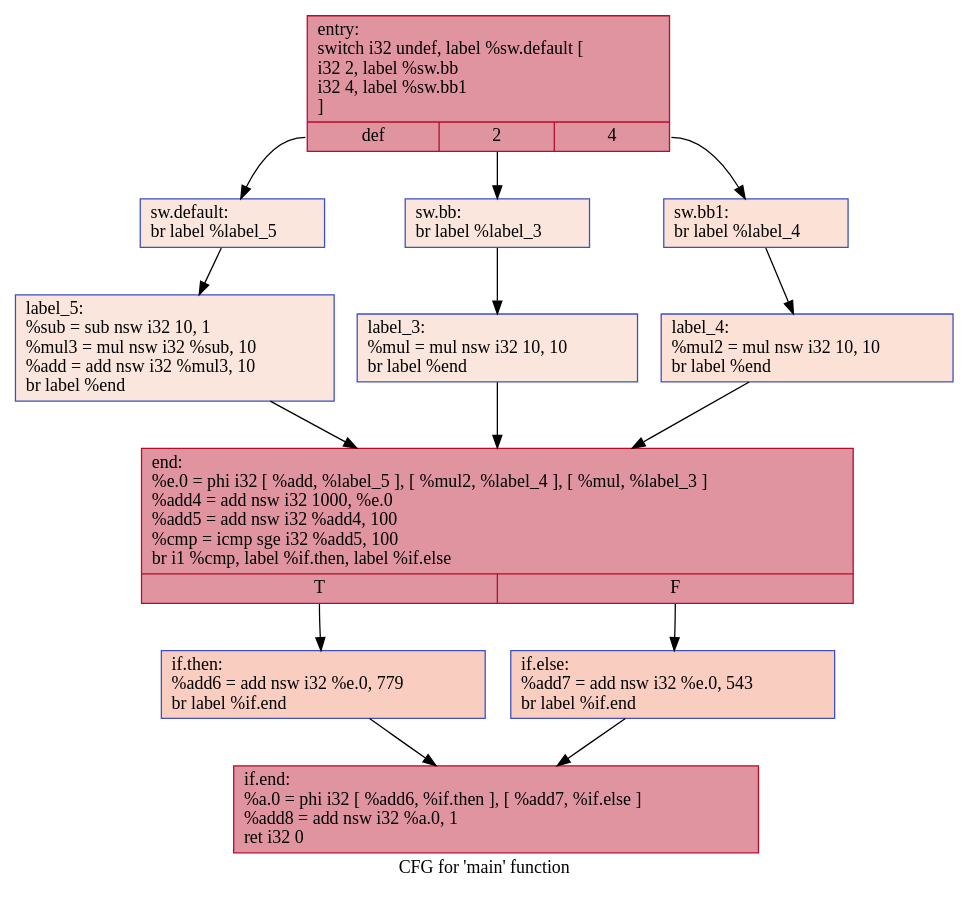
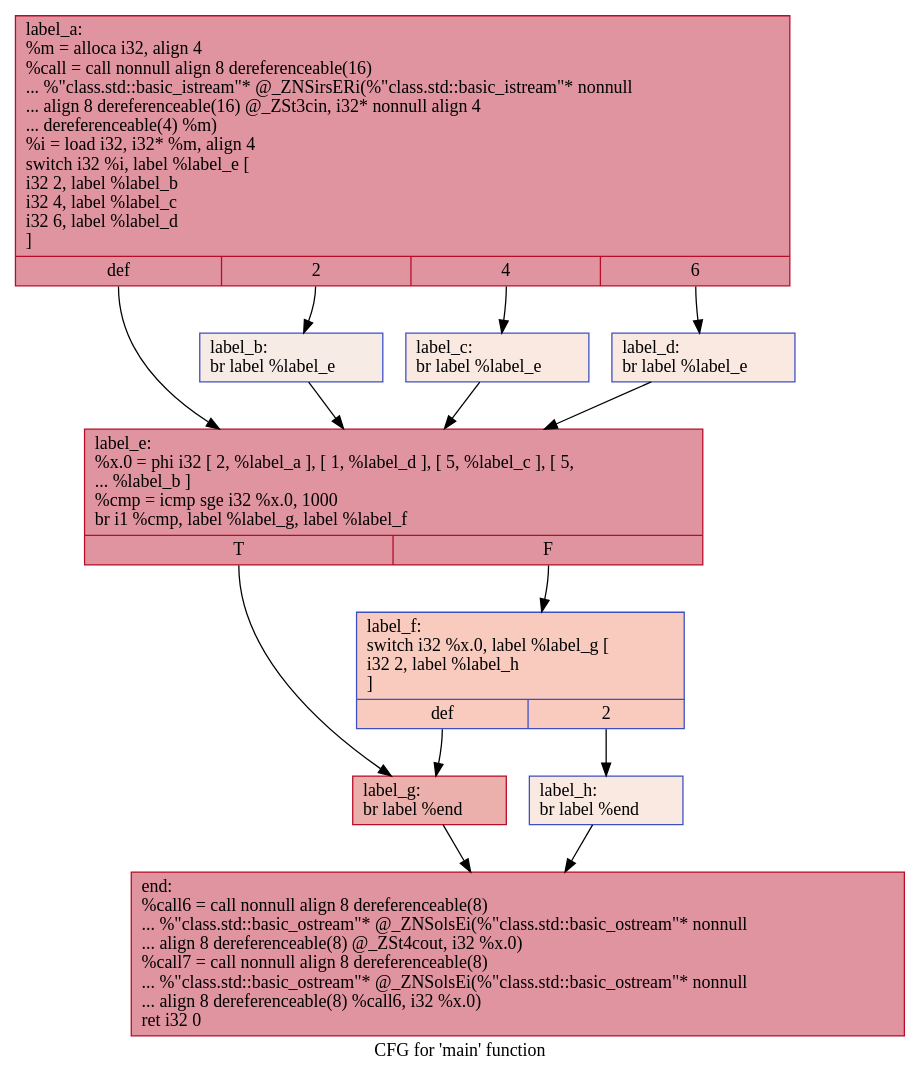
Before and after one commit to HPSSA-LLVM/HPSSA-LLVM: the diagram in IR/cfg/baseline.dot, drawn with Graphviz. The commit also changed 26 other files, not shown here.

```diff
--- a/IR/cfg/baseline.dot
+++ b/IR/cfg/baseline.dot
@@ -1,28 +1,26 @@
 digraph "CFG for 'main' function" {
 	label="CFG for 'main' function";
 
-	Node0x559b91c5f880 [shape=record,color="#b70d28ff", style=filled, fillcolor="#b70d2870",label="{entry:\l  switch i32 undef, label %sw.default [\l    i32 2, label %sw.bb\l    i32 4, label %sw.bb1\l  ]\l|{<s0>def|<s1>2|<s2>4}}"];
-	Node0x559b91c5f880:s0 -> Node0x559b91c5fde0;
-	Node0x559b91c5f880:s1 -> Node0x559b91c5fe60;
-	Node0x559b91c5f880:s2 -> Node0x559b91c5ff00;
-	Node0x559b91c5fe60 [shape=record,color="#3d50c3ff", style=filled, fillcolor="#f3c7b170",label="{sw.bb:                                            \l  br label %label_3\l}"];
-	Node0x559b91c5fe60 -> Node0x559b91c60090;
-	Node0x559b91c5ff00 [shape=record,color="#3d50c3ff", style=filled, fillcolor="#f7bca170",label="{sw.bb1:                                           \l  br label %label_4\l}"];
-	Node0x559b91c5ff00 -> Node0x559b91c60170;
-	Node0x559b91c5fde0 [shape=record,color="#3d50c3ff", style=filled, fillcolor="#f3c7b170",label="{sw.default:                                       \l  br label %label_5\l}"];
-	Node0x559b91c5fde0 -> Node0x559b91c60250;
-	Node0x559b91c60090 [shape=record,color="#3d50c3ff", style=filled, fillcolor="#f3c7b170",label="{label_3:                                          \l  %mul = mul nsw i32 10, 10\l  br label %end\l}"];
-	Node0x559b91c60090 -> Node0x559b91c60410;
-	Node0x559b91c60170 [shape=record,color="#3d50c3ff", style=filled, fillcolor="#f7bca170",label="{label_4:                                          \l  %mul2 = mul nsw i32 10, 10\l  br label %end\l}"];
-	Node0x559b91c60170 -> Node0x559b91c60410;
-	Node0x559b91c60250 [shape=record,color="#3d50c3ff", style=filled, fillcolor="#f3c7b170",label="{label_5:                                          \l  %sub = sub nsw i32 10, 1\l  %mul3 = mul nsw i32 %sub, 10\l  %add = add nsw i32 %mul3, 10\l  br label %end\l}"];
-	Node0x559b91c60250 -> Node0x559b91c60410;
-	Node0x559b91c60410 [shape=record,color="#b70d28ff", style=filled, fillcolor="#b70d2870",label="{end:                                              \l  %e.0 = phi i32 [ %add, %label_5 ], [ %mul2, %label_4 ], [ %mul, %label_3 ]\l  %add4 = add nsw i32 1000, %e.0\l  %add5 = add nsw i32 %add4, 100\l  %cmp = icmp sge i32 %add5, 100\l  br i1 %cmp, label %if.then, label %if.else\l|{<s0>T|<s1>F}}"];
-	Node0x559b91c60410:s0 -> Node0x559b91c60dc0;
-	Node0x559b91c60410:s1 -> Node0x559b91c60e30;
-	Node0x559b91c60dc0 [shape=record,color="#3d50c3ff", style=filled, fillcolor="#f2907270",label="{if.then:                                          \l  %add6 = add nsw i32 %e.0, 779\l  br label %if.end\l}"];
-	Node0x559b91c60dc0 -> Node0x559b91c61030;
-	Node0x559b91c60e30 [shape=record,color="#3d50c3ff", style=filled, fillcolor="#f2907270",label="{if.else:                                          \l  %add7 = add nsw i32 %e.0, 543\l  br label %if.end\l}"];
-	Node0x559b91c60e30 -> Node0x559b91c61030;
-	Node0x559b91c61030 [shape=record,color="#b70d28ff", style=filled, fillcolor="#b70d2870",label="{if.end:                                           \l  %a.0 = phi i32 [ %add6, %if.then ], [ %add7, %if.else ]\l  %add8 = add nsw i32 %a.0, 1\l  ret i32 0\l}"];
+	Node0x557325442e50 [shape=record,color="#b70d28ff", style=filled, fillcolor="#b70d2870",label="{label_a:\l  %m = alloca i32, align 4\l  %call = call nonnull align 8 dereferenceable(16)\l... %\"class.std::basic_istream\"* @_ZNSirsERi(%\"class.std::basic_istream\"* nonnull\l... align 8 dereferenceable(16) @_ZSt3cin, i32* nonnull align 4\l... dereferenceable(4) %m)\l  %i = load i32, i32* %m, align 4\l  switch i32 %i, label %label_e [\l    i32 2, label %label_b\l    i32 4, label %label_c\l    i32 6, label %label_d\l  ]\l|{<s0>def|<s1>2|<s2>4|<s3>6}}"];
+	Node0x557325442e50:s0 -> Node0x557325443290;
+	Node0x557325442e50:s1 -> Node0x557325443390;
+	Node0x557325442e50:s2 -> Node0x557325443490;
+	Node0x557325442e50:s3 -> Node0x557325443590;
+	Node0x557325443390 [shape=record,color="#3d50c3ff", style=filled, fillcolor="#ecd3c570",label="{label_b:                                          \l  br label %label_e\l}"];
+	Node0x557325443390 -> Node0x557325443290;
+	Node0x557325443490 [shape=record,color="#3d50c3ff", style=filled, fillcolor="#f1ccb870",label="{label_c:                                          \l  br label %label_e\l}"];
+	Node0x557325443490 -> Node0x557325443290;
+	Node0x557325443590 [shape=record,color="#3d50c3ff", style=filled, fillcolor="#f1ccb870",label="{label_d:                                          \l  br label %label_e\l}"];
+	Node0x557325443590 -> Node0x557325443290;
+	Node0x557325443290 [shape=record,color="#b70d28ff", style=filled, fillcolor="#b70d2870",label="{label_e:                                          \l  %x.0 = phi i32 [ 2, %label_a ], [ 1, %label_d ], [ 5, %label_c ], [ 5,\l... %label_b ]\l  %cmp = icmp sge i32 %x.0, 1000\l  br i1 %cmp, label %label_g, label %label_f\l|{<s0>T|<s1>F}}"];
+	Node0x557325443290:s0 -> Node0x557325443a30;
+	Node0x557325443290:s1 -> Node0x557325443aa0;
+	Node0x557325443aa0 [shape=record,color="#3d50c3ff", style=filled, fillcolor="#ef886b70",label="{label_f:                                          \l  switch i32 %x.0, label %label_g [\l    i32 2, label %label_h\l  ]\l|{<s0>def|<s1>2}}"];
+	Node0x557325443aa0:s0 -> Node0x557325443a30;
+	Node0x557325443aa0:s1 -> Node0x557325443bc0;
+	Node0x557325443a30 [shape=record,color="#b70d28ff", style=filled, fillcolor="#d24b4070",label="{label_g:                                          \l  br label %end\l}"];
+	Node0x557325443a30 -> Node0x557325443eb0;
+	Node0x557325443bc0 [shape=record,color="#3d50c3ff", style=filled, fillcolor="#f1ccb870",label="{label_h:                                          \l  br label %end\l}"];
+	Node0x557325443bc0 -> Node0x557325443eb0;
+	Node0x557325443eb0 [shape=record,color="#b70d28ff", style=filled, fillcolor="#b70d2870",label="{end:                                              \l  %call6 = call nonnull align 8 dereferenceable(8)\l... %\"class.std::basic_ostream\"* @_ZNSolsEi(%\"class.std::basic_ostream\"* nonnull\l... align 8 dereferenceable(8) @_ZSt4cout, i32 %x.0)\l  %call7 = call nonnull align 8 dereferenceable(8)\l... %\"class.std::basic_ostream\"* @_ZNSolsEi(%\"class.std::basic_ostream\"* nonnull\l... align 8 dereferenceable(8) %call6, i32 %x.0)\l  ret i32 0\l}"];
 }
```
